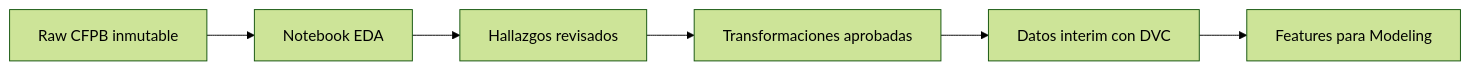
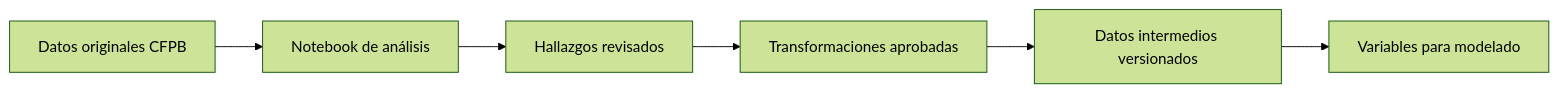
Before and after one commit to Codenid/capstone-claims-triage: the diagram in README.md, drawn with Mermaid (forest theme). The commit also changed other lines of this file and 1 other file, not shown here.

Commit message:
Clarify EDA findings

````diff
--- a/README.md
+++ b/README.md
@@ -44,8 +60,8 @@
 ```mermaid
 flowchart LR
-    A[Raw CFPB inmutable] --> B[Notebook EDA]
+    A[Datos originales CFPB] --> B[Notebook de análisis]
     B --> C[Hallazgos revisados]
     C --> D[Transformaciones aprobadas]
-    D --> E[Datos interim con DVC]
-    E --> F[Features para Modeling]
+    D --> E[Datos intermedios versionados]
+    E --> F[Variables para modelado]
 ```
````
